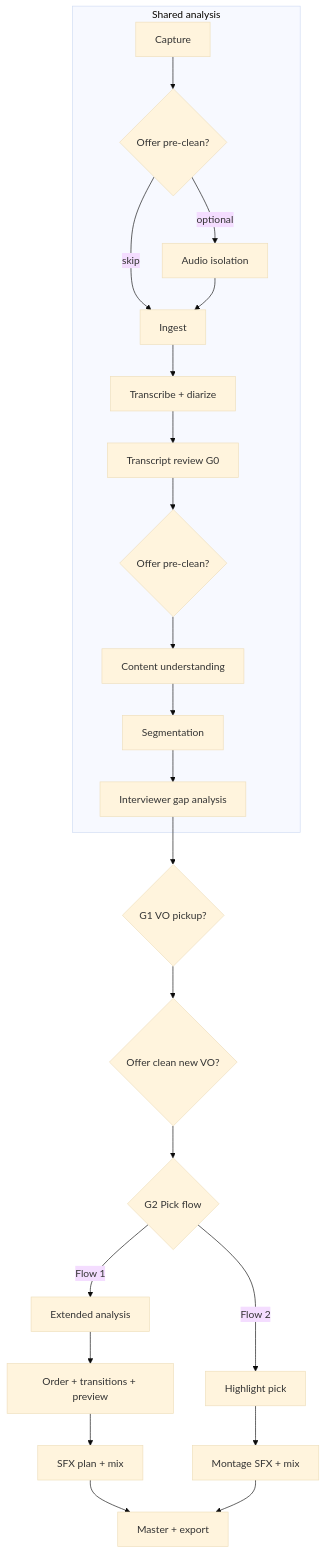
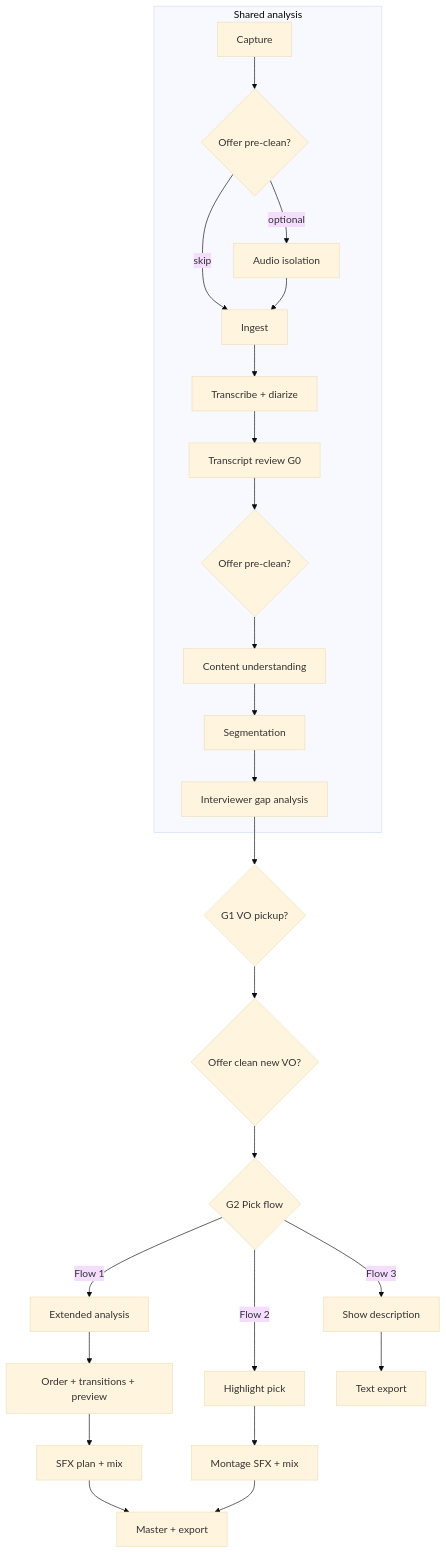
The diagram in docs/pipeline.md (NicketUttarwar/interview_helper_mux), drawn with Mermaid (base theme) before and after one commit. The commit also changed other lines of this file and 78 other files, not shown here.

````diff
--- a/docs/pipeline.md
+++ b/docs/pipeline.md
@@ -7,25 +7,27 @@
 ```mermaid
 flowchart TB
     subgraph shared [Shared analysis]
         A0[Capture] --> A1{Offer pre-clean?}
         A1 -->|optional| A1b[Audio isolation]
         A1 -->|skip| A[Ingest]
         A1b --> A
         A --> B[Transcribe + diarize]
         B --> B2[Transcript review G0]
         B2 --> B2q{Offer pre-clean?}
         B2q --> C[Content understanding]
         C --> D[Segmentation]
         D --> E[Interviewer gap analysis]
     end
     E --> G1{G1 VO pickup?}
     G1 --> G1q{Offer clean new VO?}
     G1q --> G2{G2 Pick flow}
     G2 -->|Flow 1| F1[Extended analysis]
     F1 --> F1b[Order + transitions + preview]
     F1b --> F1c[SFX plan + mix]
     G2 -->|Flow 2| F2[Highlight pick]
     F2 --> F2b[Montage SFX + mix]
+    G2 -->|Flow 3| F3[Show description]
     F1c --> K[Master + export]
     F2b --> K
+    F3 --> T[Text export]
 ```
````
